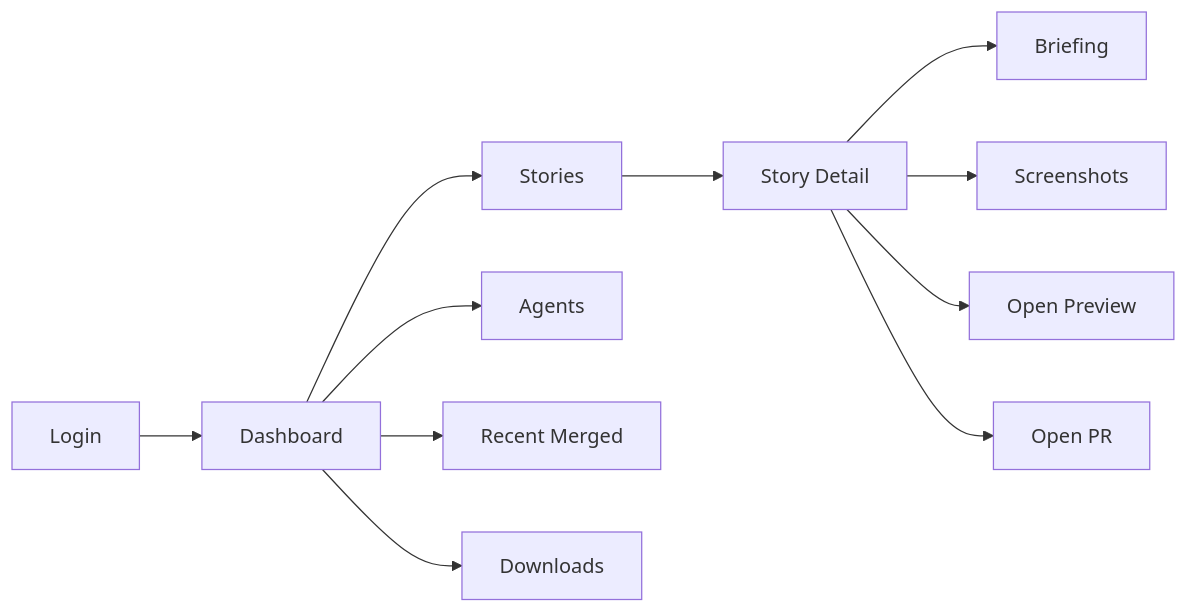
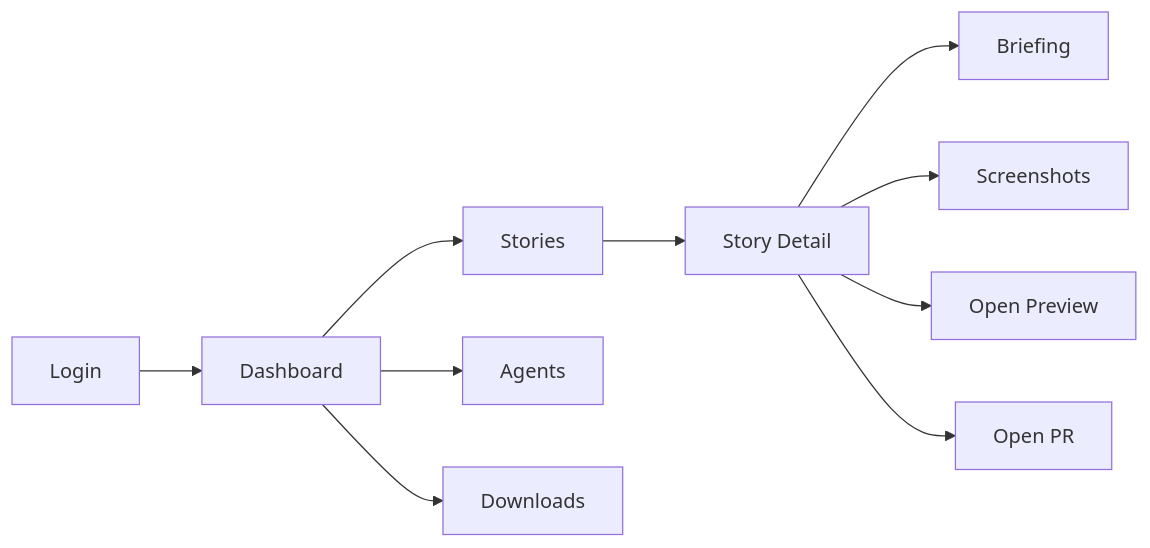
One commit to robbertvdzon/software-factory changed the diagram in docs/factory/ux/screen-map.md. Above: the diagram before and after it, drawn with Mermaid. The commit also changed other lines of this file and 11 other files, not shown here.

````diff
--- a/docs/factory/ux/screen-map.md
+++ b/docs/factory/ux/screen-map.md
@@ -55,13 +55,12 @@
 ```mermaid
 flowchart LR
     Login["Login"] --> Dashboard["Dashboard"]
     Dashboard --> Stories["Stories"]
     Stories --> Detail["Story Detail"]
     Detail --> Briefing["Briefing"]
     Detail --> Screenshots["Screenshots"]
     Detail --> Preview["Open Preview"]
     Detail --> PullRequest["Open PR"]
     Dashboard --> Agents["Agents"]
-    Dashboard --> Merged["Recent Merged"]
     Dashboard --> Downloads["Downloads"]
 ```
````
